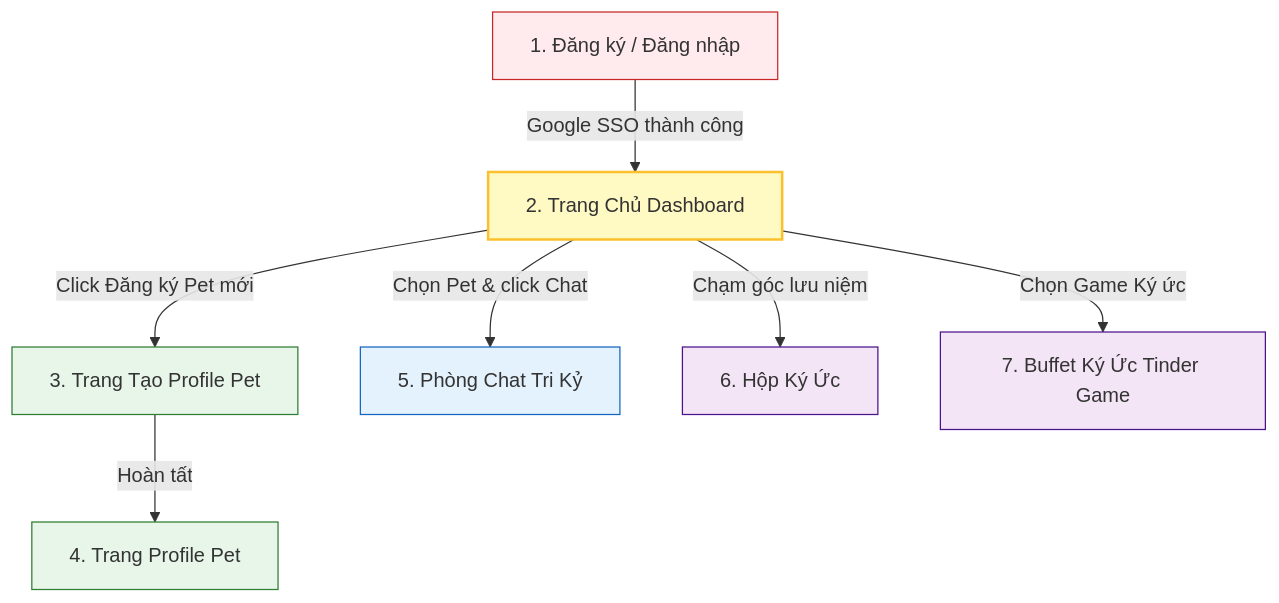
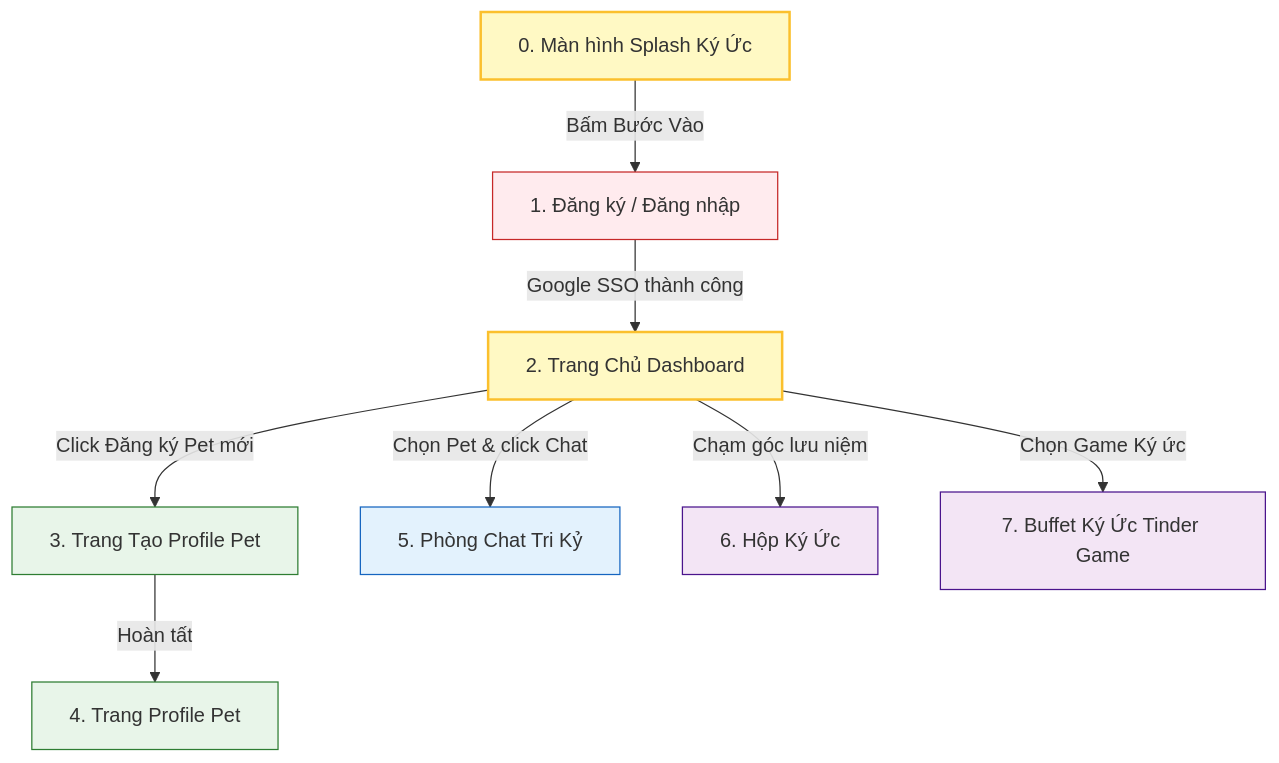
Before and after one commit to capcattech-stack/doca-umbrella-workspace: the diagram in Document/UI/WIREFRAME_MASTER.md, drawn with Mermaid. The commit also changed other lines of this file, not shown here.

Commit message:
docs: integrate 'Every Day a Gift of Memory' Cozy Splash Screen into master wireframes and flow chart

````diff
--- a/Document/UI/WIREFRAME_MASTER.md
+++ b/Document/UI/WIREFRAME_MASTER.md
@@ -13,17 +13,19 @@
 ```mermaid
 graph TD
-    A[1. Đăng ký / Đăng nhập] -->|Google SSO thành công| B[2. Trang Chủ Dashboard]
+    Splash[0. Màn hình Splash Ký Ức] -->|Bấm Bước Vào| A[1. Đăng ký / Đăng nhập]
+    A -->|Google SSO thành công| B[2. Trang Chủ Dashboard]
     B -->|Click Đăng ký Pet mới| C[3. Trang Tạo Profile Pet]
     C -->|Hoàn tất| D[4. Trang Profile Pet]
     B -->|Chọn Pet & click Chat| E[5. Phòng Chat Tri Kỷ]
     B -->|Chạm góc lưu niệm| F[6. Hộp Ký Ức]
     B -->|Chọn Game Ký ức| G[7. Buffet Ký Ức Tinder Game]
     
+    style Splash fill:#fff9c4,stroke:#fbc02d,stroke-width:2px
     style A fill:#ffebee,stroke:#c62828,stroke-width:1px
     style B fill:#fff9c4,stroke:#fbc02d,stroke-width:2px
     style C fill:#e8f5e9,stroke:#2e7d32,stroke-width:1px
     style D fill:#e8f5e9,stroke:#2e7d32,stroke-width:1px
     style E fill:#e3f2fd,stroke:#1565c0,stroke-width:1px
     style F fill:#f3e5f5,stroke:#4a148c,stroke-width:1px
     style G fill:#f3e5f5,stroke:#4a148c,stroke-width:1px
 ```
````
